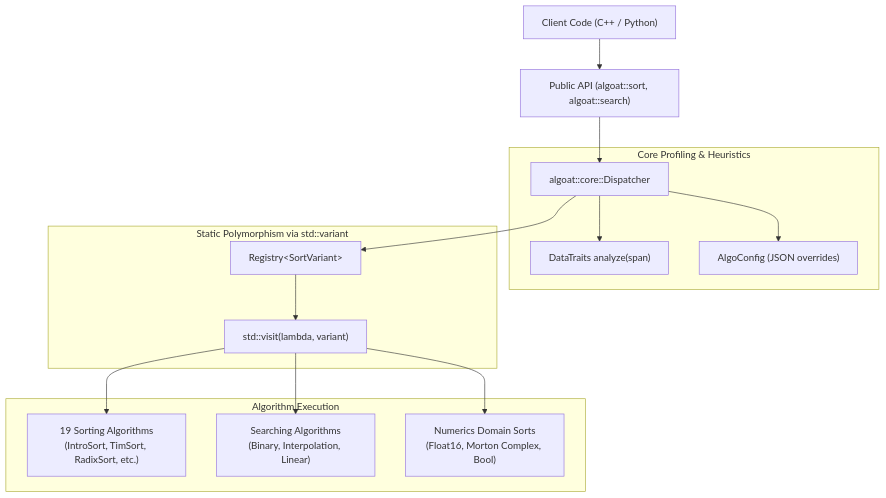
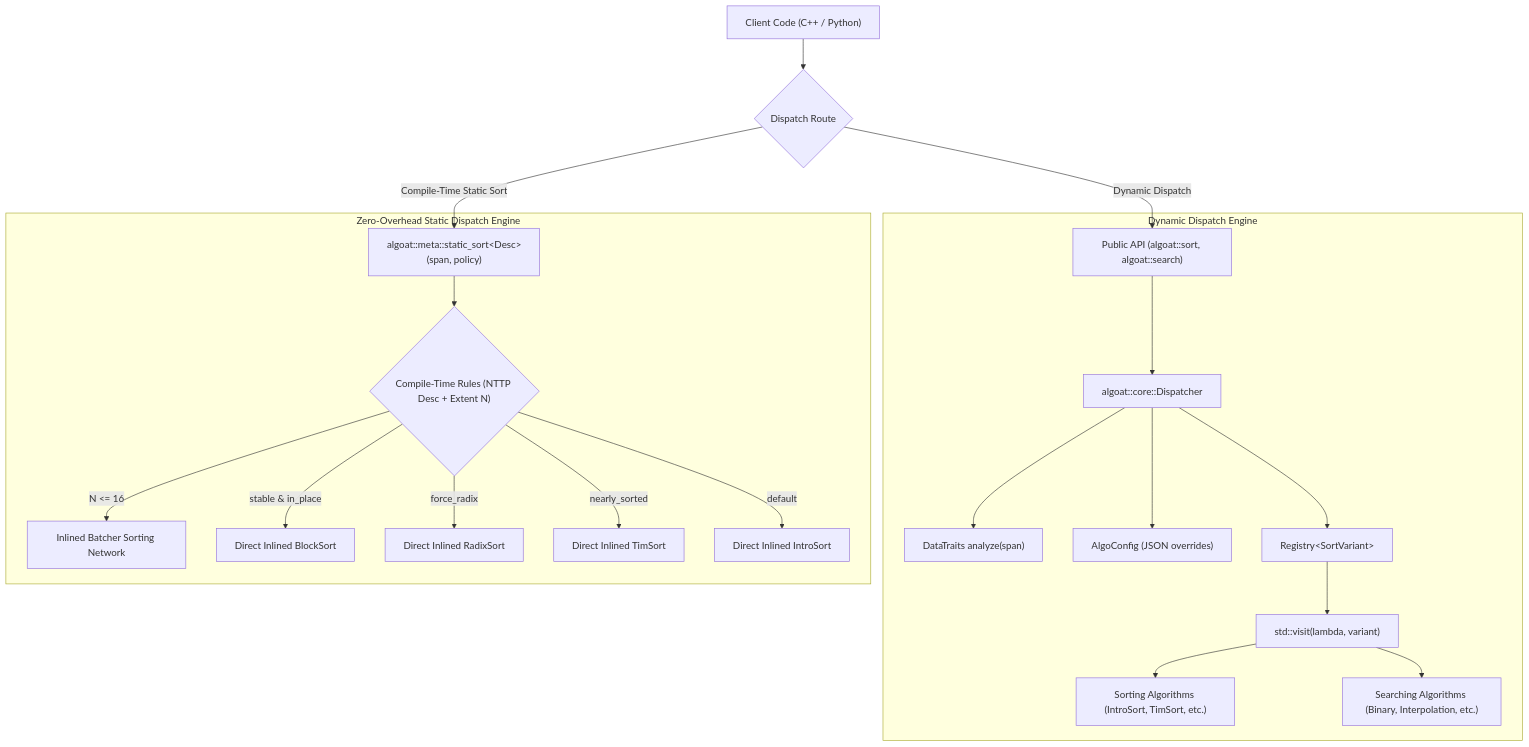
Before and after one commit to Sambit003/algoat: the first of 3 diagrams in ARCHITECTURE.md, drawn with Mermaid. The commit also changed other lines of this file and 18 other files, not shown here.

First line of the commit message:
feat(meta): implement compile-time policy selector and sorting networks (#110)

````diff
--- a/ARCHITECTURE.md
+++ b/ARCHITECTURE.md
@@ -11,21 +13,25 @@
 ```mermaid
 graph TD
-    UserCode["Client Code (C++ / Python)"] --> Entry["Public API (algoat::sort, algoat::search)"]
-    Entry --> Dispatcher["algoat::core::Dispatcher"]
+    UserCode["Client Code (C++ / Python)"] --> Mode{"Dispatch Route"}
+    Mode -- "Dynamic Dispatch" --> Entry["Public API (algoat::sort, algoat::search)"]
+    Mode -- "Compile-Time Static Sort" --> StaticEntry["algoat::meta::static_sort&lt;Desc&gt;(span, policy)"]
 
-    subgraph "Core Profiling & Heuristics"
+    subgraph "Dynamic Dispatch Engine"
+        Entry --> Dispatcher["algoat::core::Dispatcher"]
         Dispatcher --> Traits["DataTraits analyze(span)"]
         Dispatcher --> Config["AlgoConfig (JSON overrides)"]
+        Dispatcher --> Registry["Registry&lt;SortVariant&gt;"]
+        Registry --> Visit["std::visit(lambda, variant)"]
+        Visit --> SortAlgos["Sorting Algorithms (IntroSort, TimSort, etc.)"]
+        Visit --> SearchAlgos["Searching Algorithms (Binary, Interpolation, etc.)"]
     end
 
-    subgraph "Static Polymorphism via std::variant"
-        Dispatcher --> Registry["Registry&lt;SortVariant&gt;"]
-        Registry --> Visit["std::visit(lambda, variant)"]
-    end
-
-    subgraph "Algorithm Execution"
-        Visit --> SortAlgos["19 Sorting Algorithms<br/>(IntroSort, TimSort, RadixSort, etc.)"]
-        Visit --> SearchAlgos["Searching Algorithms<br/>(Binary, Interpolation, Linear)"]
-        Visit --> Numerics["Numerics Domain Sorts<br/>(Float16, Morton Complex, Bool)"]
+    subgraph "Zero-Overhead Static Dispatch Engine"
+        StaticEntry --> StaticRules{"Compile-Time Rules (NTTP Desc + Extent N)"}
+        StaticRules -- "N <= 16" --> Network["Inlined Batcher Sorting Network"]
+        StaticRules -- "stable & in_place" --> Block["Direct Inlined BlockSort"]
+        StaticRules -- "force_radix" --> Radix["Direct Inlined RadixSort"]
+        StaticRules -- "nearly_sorted" --> Tim["Direct Inlined TimSort"]
+        StaticRules -- "default" --> Intro["Direct Inlined IntroSort"]
     end
 ```
````
